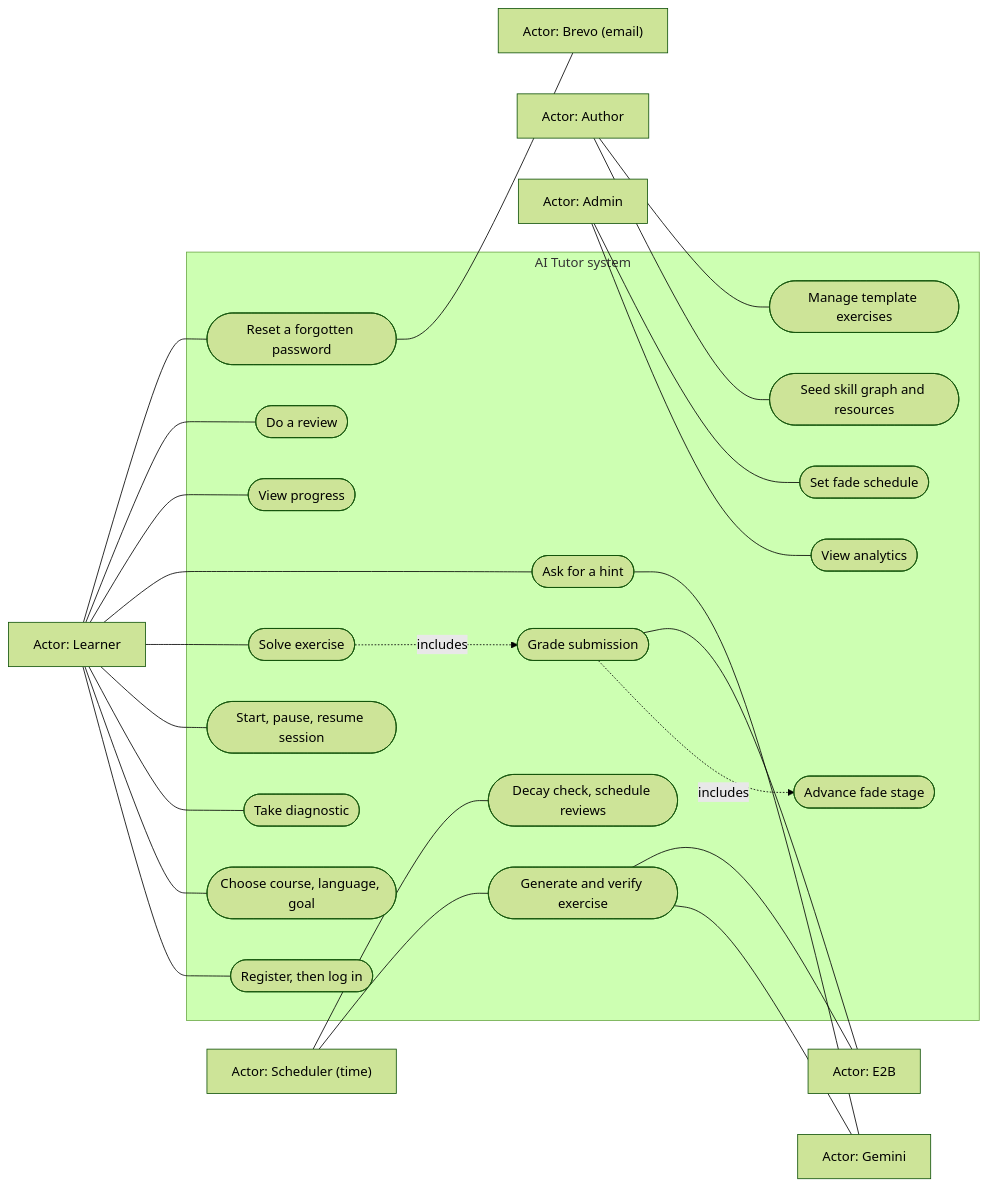
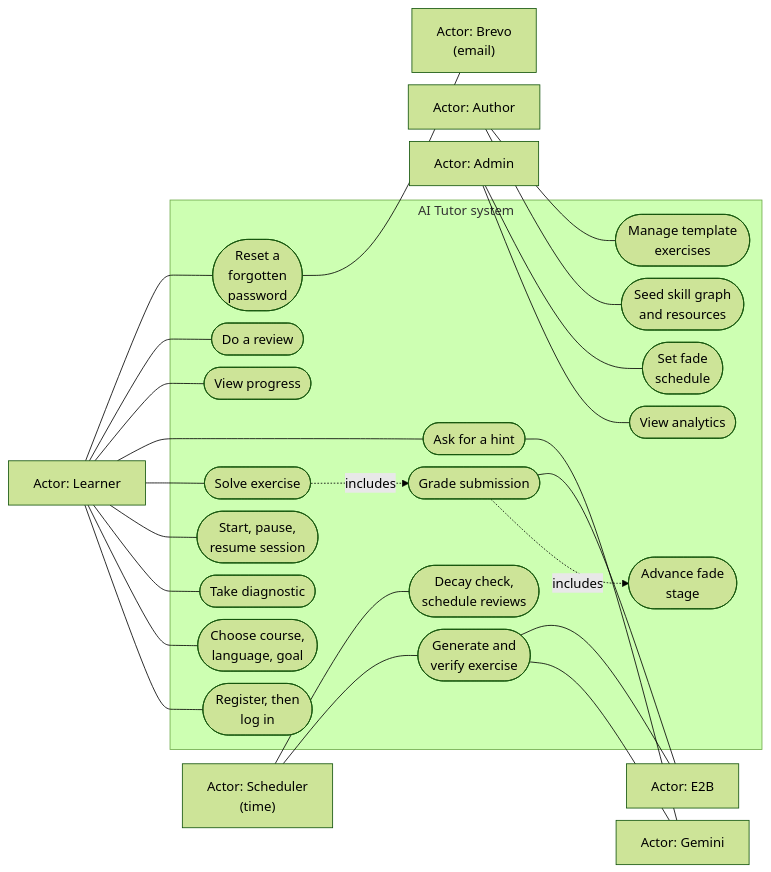
One commit to Nidanos/ai-tutor-platform changed the third of 23 diagrams in DOCS/phase-3/MP3-Draft-Report.md. Above: the diagram before and after it, drawn with Mermaid (forest theme). The commit also changed other lines of this file and 1 other file, not shown here.

Commit message:
docs: make every Phase 3 report diagram readable in print

````diff
--- a/DOCS/phase-3/MP3-Draft-Report.md
+++ b/DOCS/phase-3/MP3-Draft-Report.md
@@ -420,40 +420,46 @@
 ```mermaid
+---
+config:
+  flowchart:
+    nodeSpacing: 15
+    rankSpacing: 30
+---
 flowchart LR
   Learner["Actor: Learner"]
   Author["Actor: Author"]
   Admin["Actor: Admin"]
-  Clock["Actor: Scheduler (time)"]
+  Clock["Actor: Scheduler<br/>(time)"]
   subgraph SYS["AI Tutor system"]
-    U1(["Register, then log in"])
-    U2(["Choose course, language, goal"])
+    U1(["Register, then<br/>log in"])
+    U2(["Choose course,<br/>language, goal"])
     U3(["Take diagnostic"])
-    U4(["Start, pause, resume session"])
+    U4(["Start, pause,<br/>resume session"])
     U5(["Solve exercise"])
     U6(["Ask for a hint"])
     U7(["View progress"])
     U8(["Do a review"])
-    U9(["Seed skill graph and resources"])
-    U10(["Manage template exercises"])
+    U9(["Seed skill graph<br/>and resources"])
+    U10(["Manage template<br/>exercises"])
     U11(["View analytics"])
-    U12(["Set fade schedule"])
-    U13(["Generate and verify exercise"])
+    U12(["Set fade<br/>schedule"])
+    U13(["Generate and<br/>verify exercise"])
     U14(["Grade submission"])
-    U15(["Decay check, schedule reviews"])
-    U16(["Advance fade stage"])
-    U17(["Reset a forgotten password"])
+    U15(["Decay check,<br/>schedule reviews"])
+    U16(["Advance fade<br/>stage"])
+    U17(["Reset a<br/>forgotten<br/>password"])
   end
   Gemini["Actor: Gemini"]
   E2B["Actor: E2B"]
-  Brevo["Actor: Brevo (email)"]
+  Brevo["Actor: Brevo<br/>(email)"]
   Learner --- U1 & U2 & U3 & U4 & U5 & U6 & U7 & U8 & U17
   Author --- U9 & U10
   Admin --- U11 & U12
   Clock --- U13 & U15
   U5 -. includes .-> U14
   U14 -. includes .-> U16
   U14 --- E2B
   U13 --- Gemini
   U13 --- E2B
   U6 --- Gemini
   U17 --- Brevo
 ```
````
